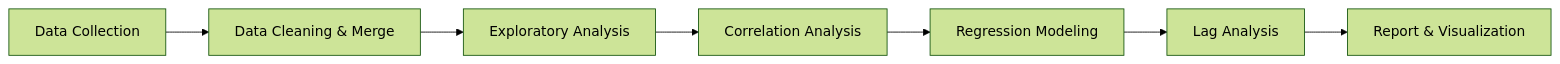
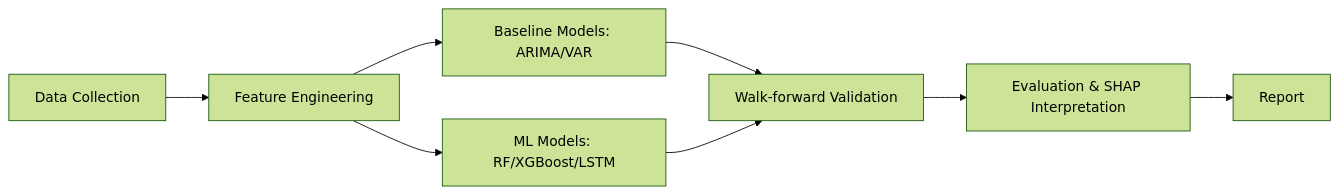
One commit to Hyukjennii/kospi-lag-effect-analytics changed the first of 3 diagrams in README.md. Above: the diagram before and after it, drawn with Mermaid (forest theme). The commit also changed other lines of this file and 1 other file, not shown here.

````diff
--- a/README.md
+++ b/README.md
@@ -36,9 +36,10 @@
 ```mermaid
 flowchart LR
-    A[Data Collection] --> B[Data Cleaning & Merge]
-    B --> C[Exploratory Analysis]
-    C --> D[Correlation Analysis]
-    D --> E[Regression Modeling]
-    E --> F[Lag Analysis]
-    F --> G[Report & Visualization]
+    A[Data Collection] --> B[Feature Engineering]
+    B --> C[Baseline Models: ARIMA/VAR]
+    B --> D[ML Models: RF/XGBoost/LSTM]
+    C --> E[Walk-forward Validation]
+    D --> E
+    E --> F[Evaluation & SHAP Interpretation]
+    F --> G[Report]
 ```
````
